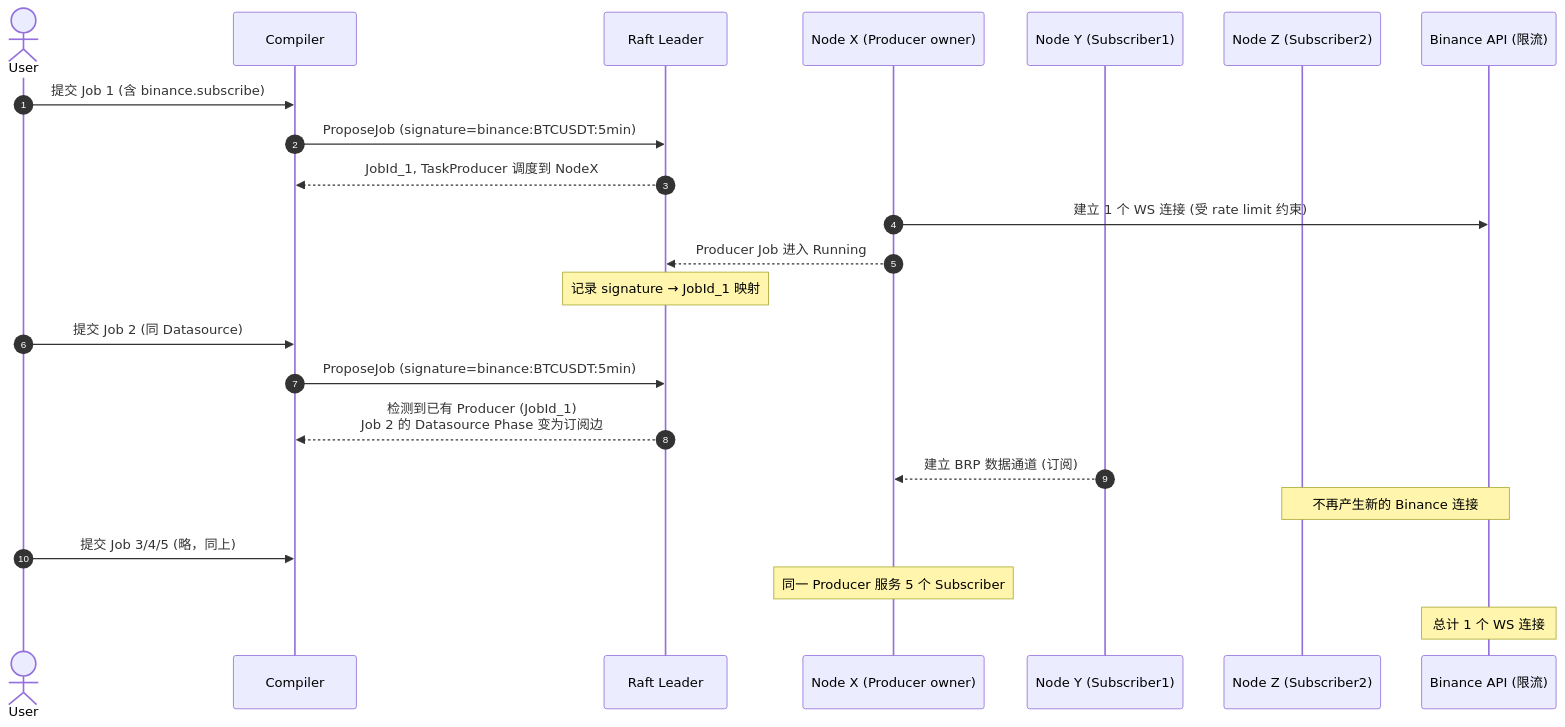
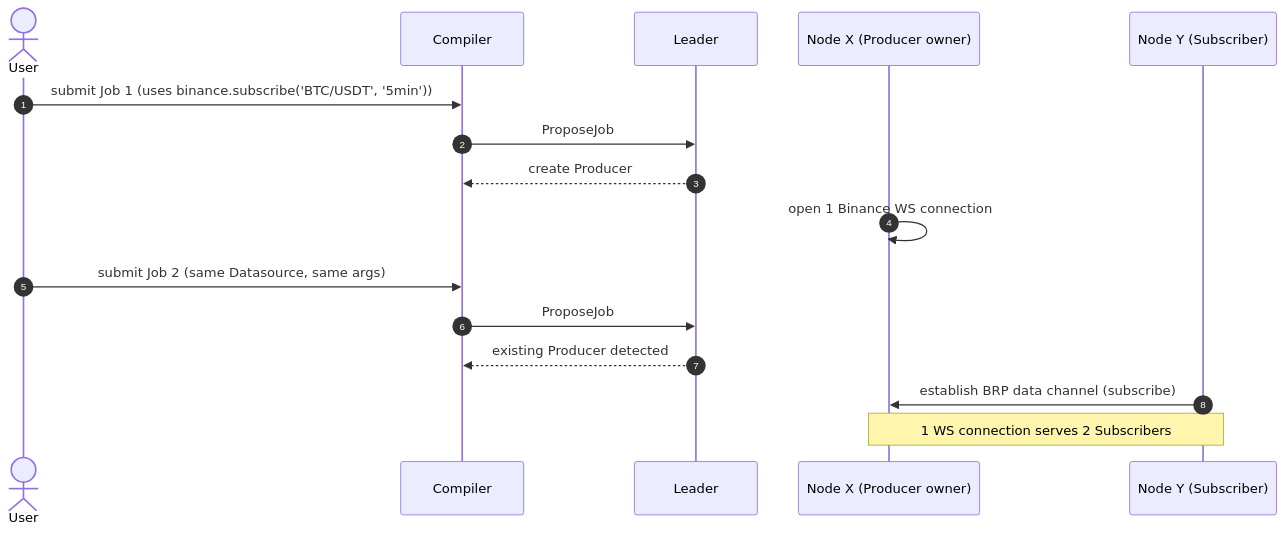
The sixth of 6 diagrams in docs/architecture.md (smitea/bee), drawn with Mermaid before and after one commit. The commit also changed other lines of this file and 21 other files, not shown here.

````diff
--- a/docs/architecture.md
+++ b/docs/architecture.md
@@ -348,28 +383,18 @@
 ```mermaid
 sequenceDiagram
     autonumber
     actor User
     participant Compiler
-    participant Leader as Raft Leader
+    participant Leader
     participant NodeX as Node X (Producer owner)
-    participant NodeY as Node Y (Subscriber1)
-    participant NodeZ as Node Z (Subscriber2)
-    participant Exchange as Binance API (限流)
-
-    User->>Compiler: 提交 Job 1 (含 binance.subscribe)
-    Compiler->>Leader: ProposeJob (signature=binance:BTCUSDT:5min)
-    Leader-->>Compiler: JobId_1, TaskProducer 调度到 NodeX
-    NodeX->>Exchange: 建立 1 个 WS 连接 (受 rate limit 约束)
-    NodeX-->>Leader: Producer Job 进入 Running
-    Note over Leader: 记录 signature → JobId_1 映射
-
-    User->>Compiler: 提交 Job 2 (同 Datasource)
-    Compiler->>Leader: ProposeJob (signature=binance:BTCUSDT:5min)
-    Leader-->>Compiler: 检测到已有 Producer (JobId_1)<br/>Job 2 的 Datasource Phase 变为订阅边
-    NodeY-->>NodeX: 建立 BRP 数据通道 (订阅)
-    Note over Exchange,NodeZ: 不再产生新的 Binance 连接
-
-    User->>Compiler: 提交 Job 3/4/5 (略，同上)
-    Note over NodeX: 同一 Producer 服务 5 个 Subscriber
-    Note over Exchange: 总计 1 个 WS 连接
+    participant NodeY as Node Y (Subscriber)
+    User->>Compiler: submit Job 1 (uses binance.subscribe('BTC/USDT', '5min'))
+    Compiler->>Leader: ProposeJob
+    Leader-->>Compiler: create Producer
+    NodeX->>NodeX: open 1 Binance WS connection
+    User->>Compiler: submit Job 2 (same Datasource, same args)
+    Compiler->>Leader: ProposeJob
+    Leader-->>Compiler: existing Producer detected
+    NodeY->>NodeX: establish BRP data channel (subscribe)
+    Note over NodeX,NodeY: 1 WS connection serves 2 Subscribers
 ```
````
